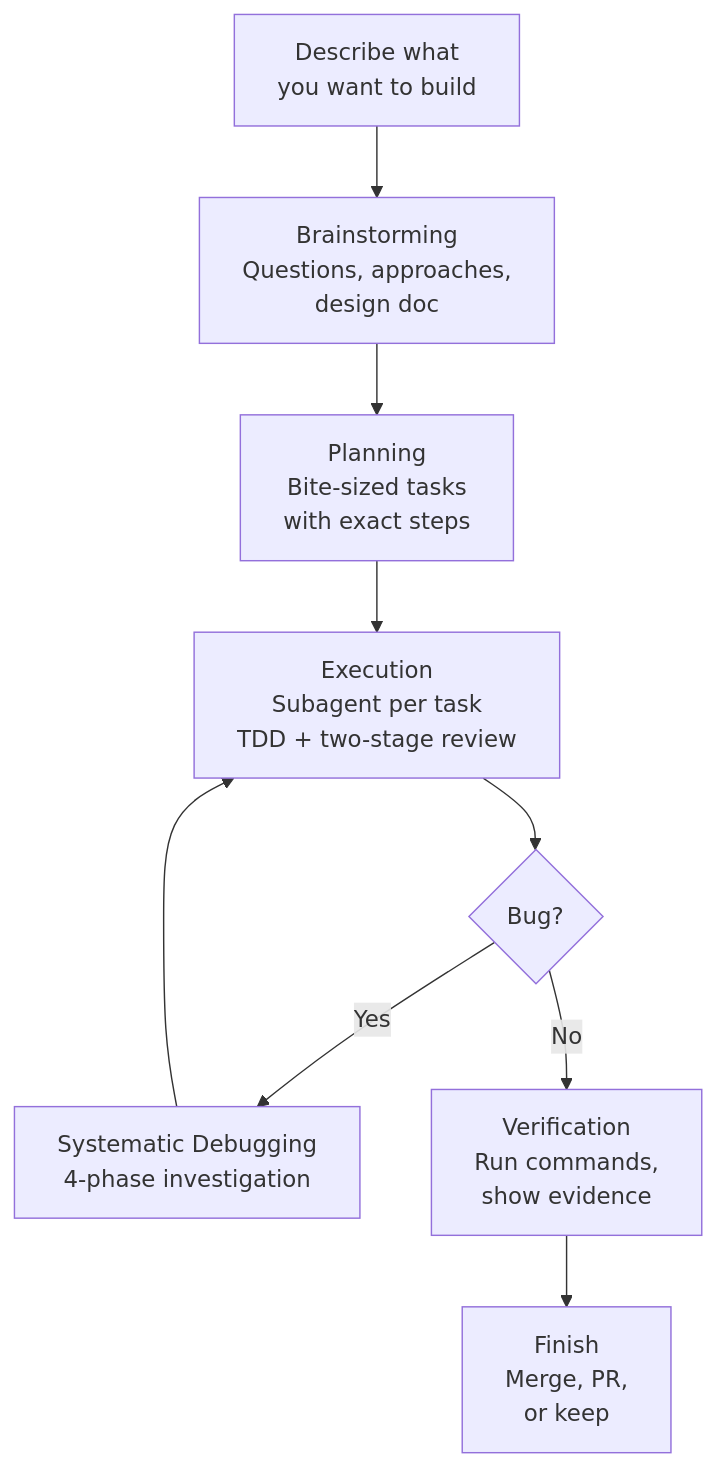
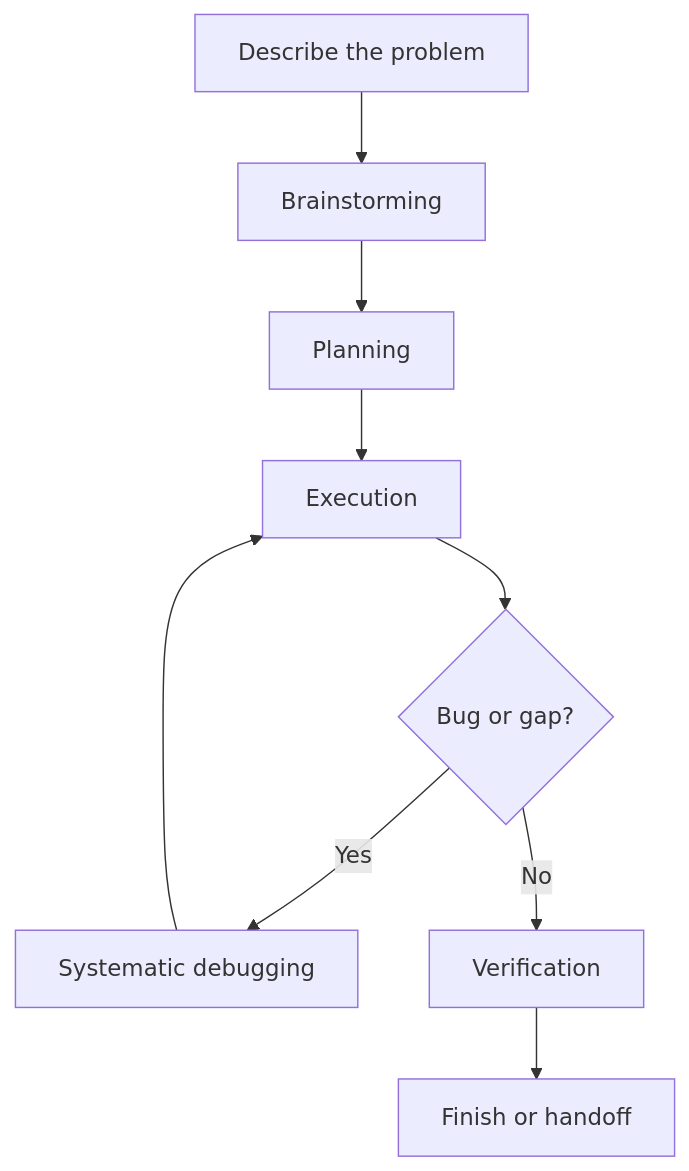
The diagram in content/posts/claude-code-workflow.md (absolutepraya/blog), drawn with Mermaid before and after one commit. The commit also changed other lines of this file and 2 other files, not shown here.

````diff
--- a/content/posts/claude-code-workflow.md
+++ b/content/posts/claude-code-workflow.md
@@ -124,11 +77,11 @@
 ```mermaid
 graph TD
-    A["Describe what<br>you want to build"] --> B["Brainstorming<br>Questions, approaches,<br>design doc"]
-    B --> C["Planning<br>Bite-sized tasks<br>with exact steps"]
-    C --> D["Execution<br>Subagent per task<br>TDD + two-stage review"]
-    D --> E{"Bug?"}
-    E -->|Yes| F["Systematic Debugging<br>4-phase investigation"]
+    A[Describe the problem] --> B[Brainstorming]
+    B --> C[Planning]
+    C --> D[Execution]
+    D --> E{Bug or gap?}
+    E -->|Yes| F[Systematic debugging]
     F --> D
-    E -->|No| G["Verification<br>Run commands,<br>show evidence"]
-    G --> H["Finish<br>Merge, PR,<br>or keep"]
+    E -->|No| G[Verification]
+    G --> H[Finish or handoff]
 ```
````
